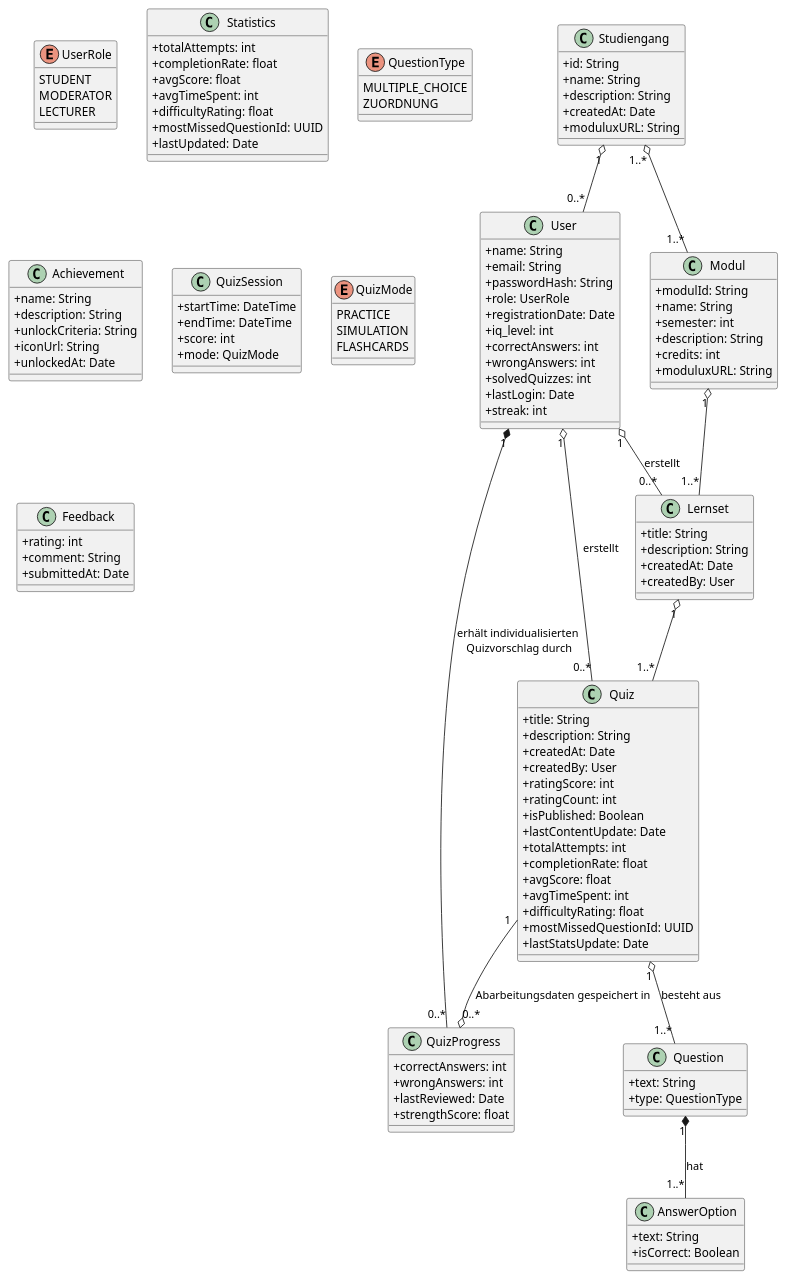
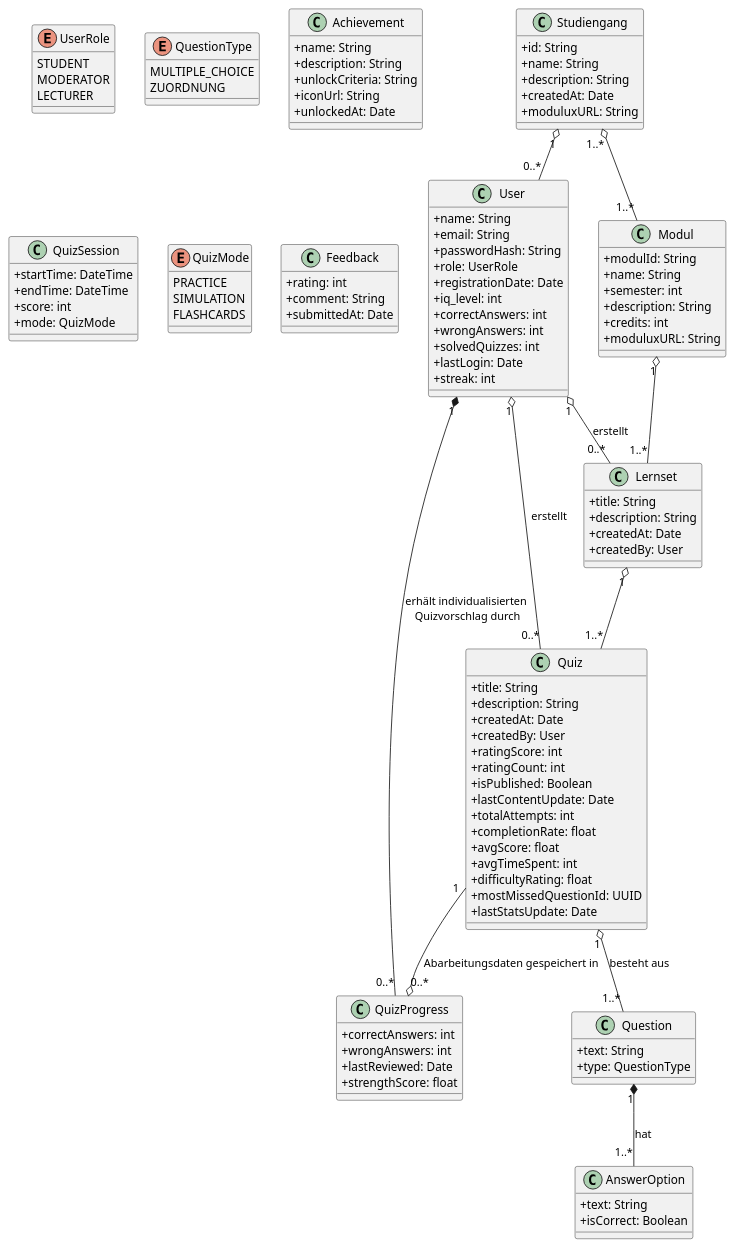
Before and after one commit to Gorg-tech/StudIQ: the diagram in docs/requirements/images/dommodell.puml, drawn with PlantUML.

Commit message:
Statistics entfernt

```diff
--- a/docs/requirements/images/dommodell.puml
+++ b/docs/requirements/images/dommodell.puml
@@ -1,156 +1,145 @@
 @startuml
 skinparam classAttributeIconSize 0
 
 ' ----------------------------
 '      Entitäten / Klassen
 ' ----------------------------
 
 class User {
   +name: String
   +email: String
   +passwordHash: String
   +role: UserRole
   +registrationDate: Date
   +iq_level: int
   +correctAnswers: int
   +wrongAnswers: int
   +solvedQuizzes: int 
   +lastLogin: Date
   'zusätzliche Speicherung der solvedQuizzes, 
   'da bei Referenz auf Quiz nach Löschen dieses Probleme entstehen
   +streak: int
 }
 
 enum UserRole {
   STUDENT
   MODERATOR
   LECTURER
 }
 
 class Modul {
   +modulId: String
   +name: String
   +semester: int
   +description: String
   +credits: int
   +moduluxURL: String
 }
 
 class Lernset {
   +title: String
   +description: String
   +createdAt: Date
   +createdBy: User
 }
 
 class Quiz {
   +title: String
   +description: String
   +createdAt: Date
   +createdBy: User
   +ratingScore: int
   +ratingCount: int
   +isPublished: Boolean
   +lastContentUpdate: Date 
   +totalAttempts: int
   +completionRate: float
   +avgScore: float
   +avgTimeSpent: int
   +difficultyRating: float
   +mostMissedQuestionId: UUID
   +lastStatsUpdate: Date
-}
-
-class Statistics {
-  +totalAttempts: int
-  +completionRate: float
-  +avgScore: float
-  +avgTimeSpent: int
-  +difficultyRating: float
-  +mostMissedQuestionId: UUID
-  +lastUpdated: Date
 }
 
 class Question {
   +text: String
   +type: QuestionType
 }
 
 enum QuestionType {
   MULTIPLE_CHOICE
   'FREITEXT
   ZUORDNUNG
 }
 
 class AnswerOption {
   +text: String
   +isCorrect: Boolean
 }
 
 class QuizProgress {
   +correctAnswers: int
   +wrongAnswers: int
   +lastReviewed: Date
   +strengthScore: float
 }
 
 class Achievement {
   +name: String
   +description: String
   +unlockCriteria: String
   +iconUrl: String
   +unlockedAt: Date
 }
 
 class QuizSession {
   +startTime: DateTime
   +endTime: DateTime
   +score: int
   +mode: QuizMode
 }
 
 enum QuizMode {
   PRACTICE
   SIMULATION
   FLASHCARDS
 }
 
 class Feedback {
   +rating: int
   +comment: String
   +submittedAt: Date
 }
 
 class Studiengang {
   +id: String
   +name: String
   +description: String
   +createdAt: Date
   +moduluxURL: String
 }
 
 
 ' ----------------------------
 '      Beziehungen
 ' ----------------------------
 User "1" *-- "0..*" QuizProgress : erhält individualisierten\n Quizvorschlag durch
 'User "1" *-- "0..*" QuizSession
 'User "1" o-- "0..*" Feedback
 'User "1" o-- "0..*" Achievement : erhält
 User "1" o-- "0..*" Quiz : erstellt
 User "1" o-- "0..*" Lernset : erstellt
 Studiengang "1" o-- "0..*" User
 
 'User "1" -- "0..*" StudyGroup : istMitglied
 'StudyGroup "1" -- "0..*" QuizSession : gemeinsameQuizze
 
 Modul "1" o-- "1..*" Lernset
 Lernset "1" o-- "1..*" Quiz
 Quiz "1" o-- "1..*" Question : besteht aus
 Question "1" *-- "1..*" AnswerOption : hat
 'Quiz "1" *-- "0..*" Feedback
 Quiz "1" --o "0..*" QuizProgress : Abarbeitungsdaten gespeichert in
-'Quiz "1" -- "1" Statistics : aggregierte Nutzungsdaten
 'Quiz "0..*" -- "1" LearningHistory : Referenz auf 
 Studiengang "1..*" o-- "1..*" Modul 
 @enduml
```
